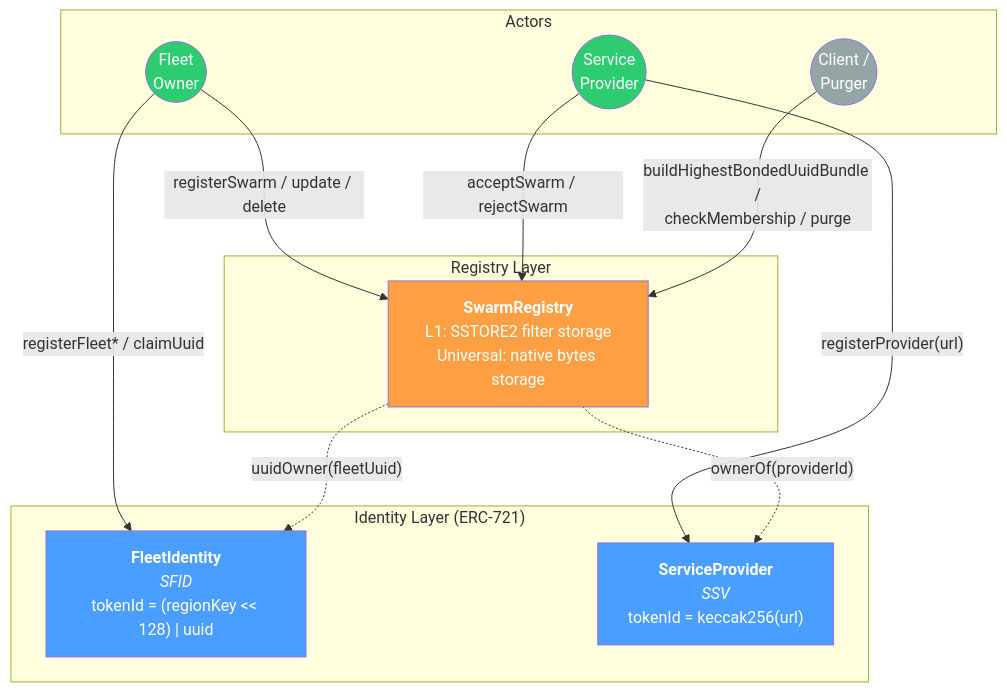
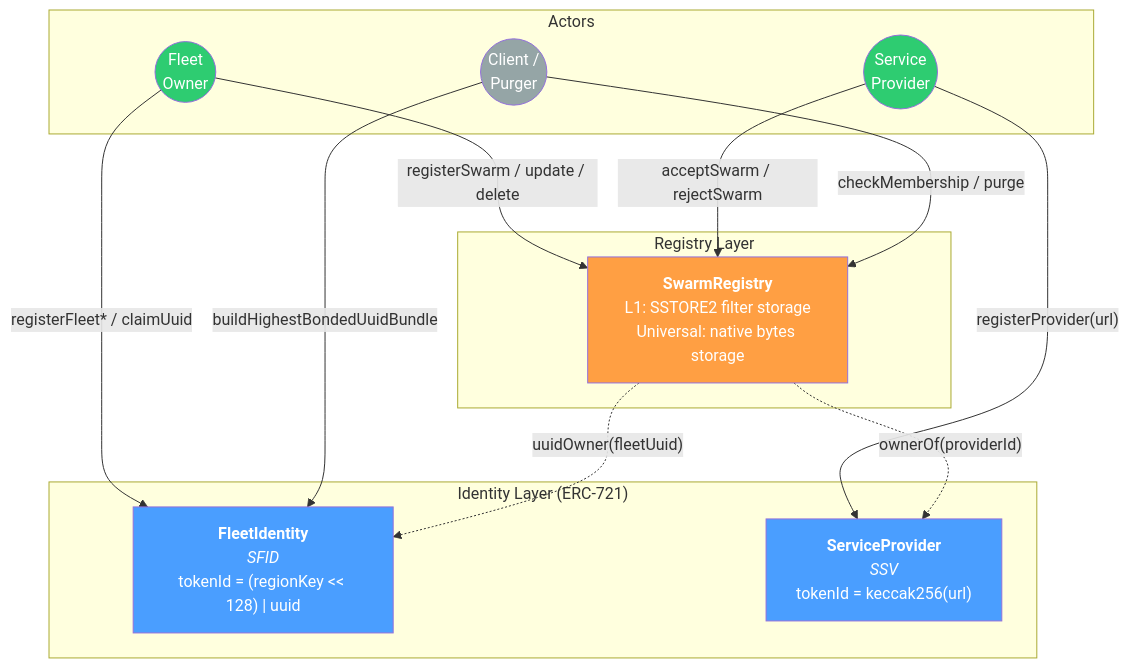
One commit to NodleCode/rollup changed the first of 2 diagrams in src/swarms/doc/README.md. Above: the diagram before and after it, drawn with Mermaid. The commit also changed other lines of this file and 2 other files, not shown here.

````diff
--- a/src/swarms/doc/README.md
+++ b/src/swarms/doc/README.md
@@ -7,33 +7,34 @@
 ```mermaid
 graph TB
     subgraph NFTs["Identity Layer (ERC-721)"]
         FI["<b>FleetIdentity</b><br/><i>SFID</i><br/>tokenId = (regionKey << 128) | uuid"]
         SP["<b>ServiceProvider</b><br/><i>SSV</i><br/>tokenId = keccak256(url)"]
     end
 
     subgraph Registries["Registry Layer"]
         REG["<b>SwarmRegistry</b><br/>L1: SSTORE2 filter storage<br/>Universal: native bytes storage"]
     end
 
     subgraph Actors
         FO(("Fleet<br/>Owner"))
         PRV(("Service<br/>Provider"))
         ANY(("Client /<br/>Purger"))
     end
 
     FO -- "registerFleet* / claimUuid" --> FI
     FO -- "registerSwarm / update / delete" --> REG
     PRV -- "registerProvider(url)" --> SP
     PRV -- "acceptSwarm / rejectSwarm" --> REG
-    ANY -- "buildHighestBondedUuidBundle /<br/>checkMembership / purge" --> REG
+    ANY -- "checkMembership / purge" --> REG
+    ANY -- "buildHighestBondedUuidBundle" --> FI
 
     REG -. "uuidOwner(fleetUuid)" .-> FI
     REG -. "ownerOf(providerId)" .-> SP
 
     style FI fill:#4a9eff,color:#fff
     style SP fill:#4a9eff,color:#fff
     style REG fill:#ff9f43,color:#fff
     style FO fill:#2ecc71,color:#fff
     style PRV fill:#2ecc71,color:#fff
     style ANY fill:#95a5a6,color:#fff
 ```
````
